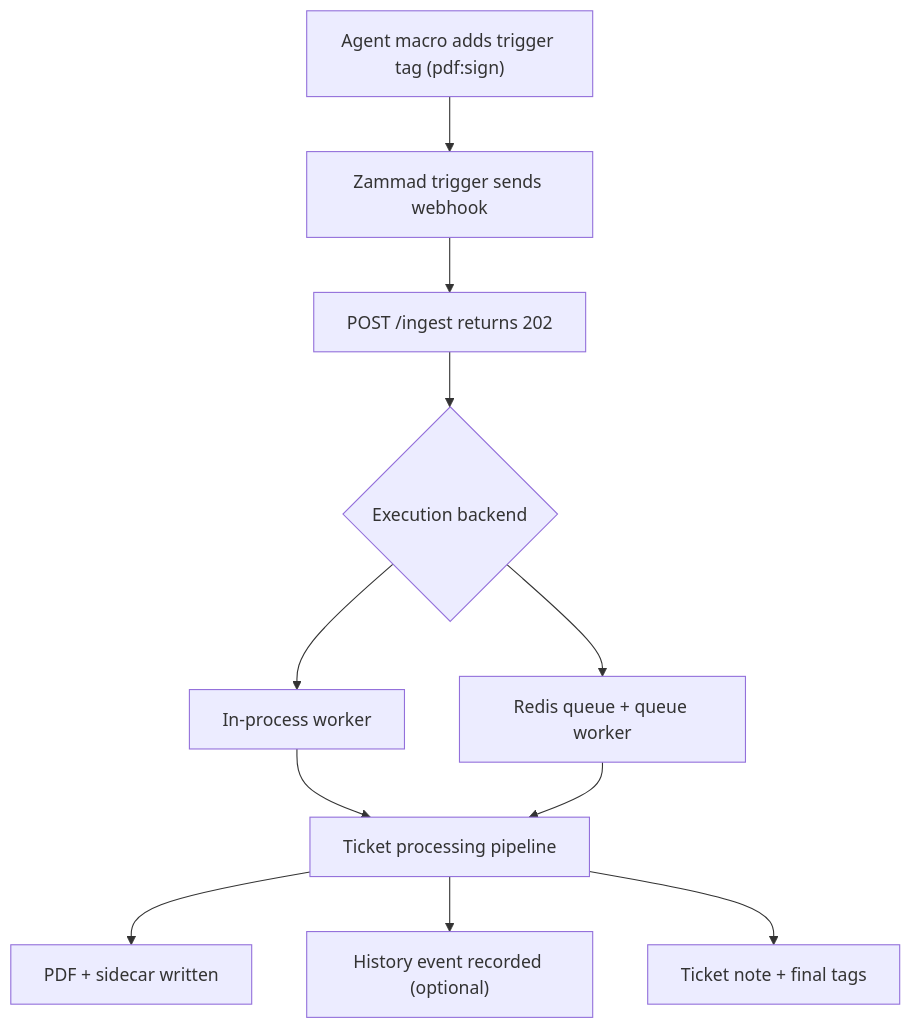
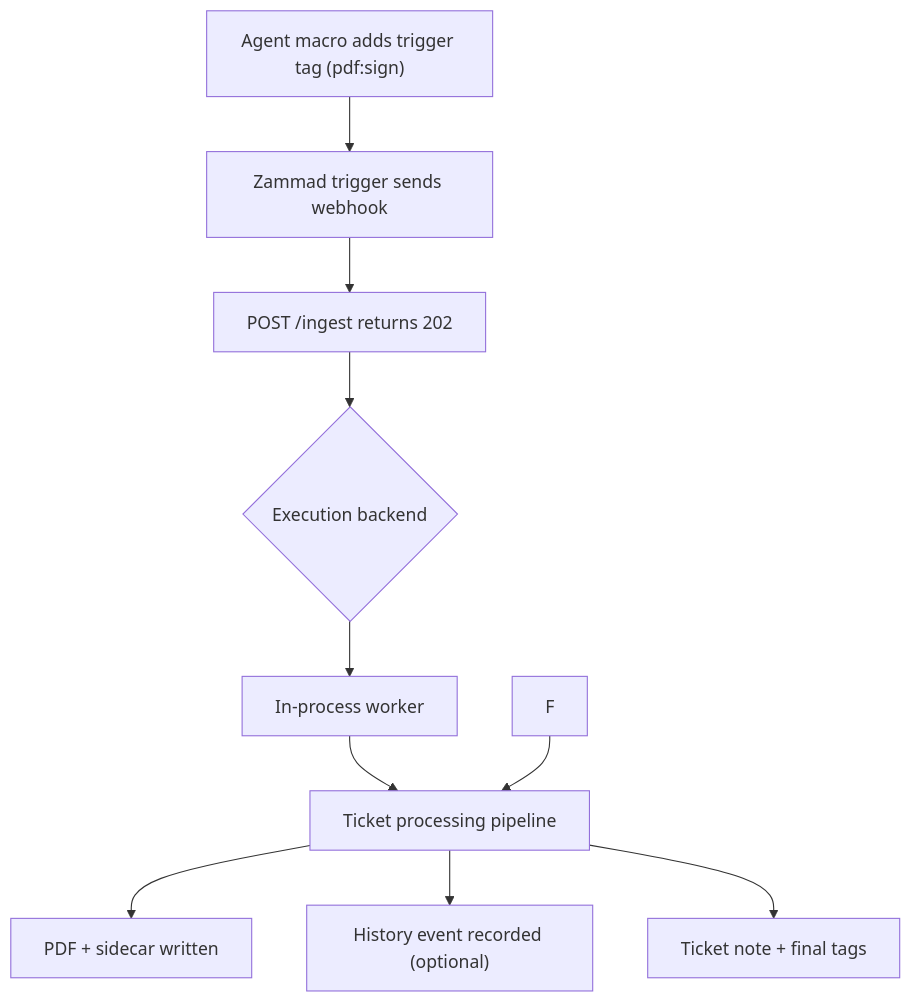
The second of 2 diagrams in README.md (sebastianspicker/chronikwerk), drawn with Mermaid before and after one commit. The commit also changed other lines of this file and 360 other files, not shown here.

````diff
--- a/README.md
+++ b/README.md
@@ -153,13 +128,12 @@
 ```mermaid
 flowchart TD
   A["Agent macro adds trigger tag (pdf:sign)"] --> B["Zammad trigger sends webhook"]
   B --> C["POST /ingest returns 202"]
   C --> D{"Execution backend"}
   D --> E["In-process worker"]
-  D --> F["Redis queue + queue worker"]
   E --> G["Ticket processing pipeline"]
   F --> G
   G --> H["PDF + sidecar written"]
   G --> I["History event recorded (optional)"]
   G --> J["Ticket note + final tags"]
 ```
````
